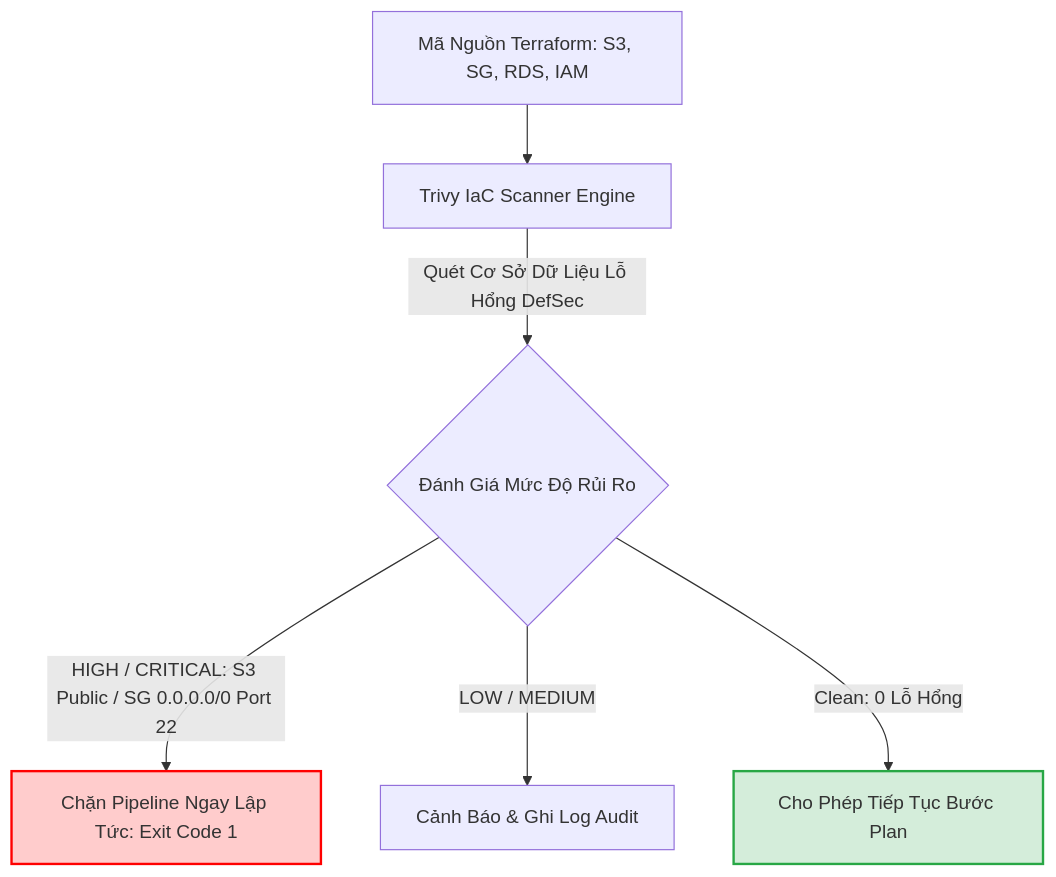
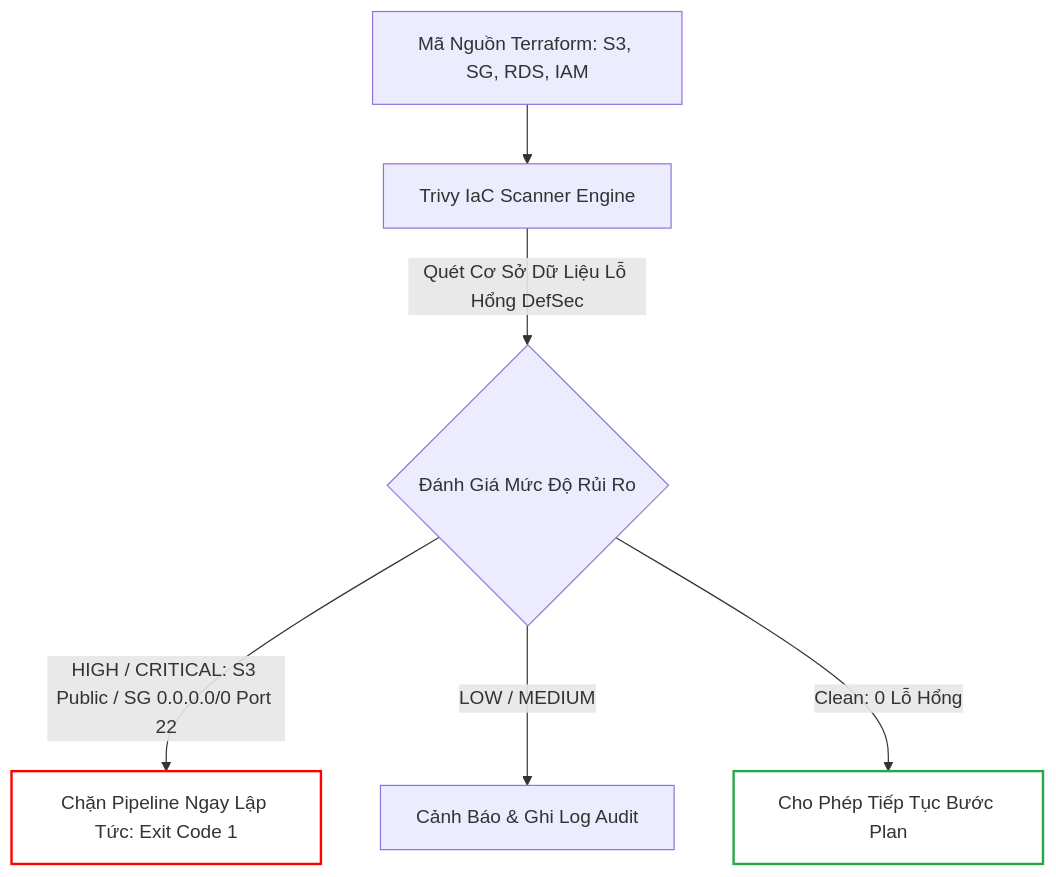
Before and after one commit to kiennt308/ntk: the fifth of 7 diagrams in _posts/2026-09-13-terraform-21-21-kiem-thu-ha-tang-terraform-test-tflint-trivy-va-validate.md, drawn with Mermaid. The commit also changed other lines of this file and 207 other files, not shown here.

Commit message:
feat(posts): batch standardize all 208 posts with TL;DR, qa-card accordion, fill:none mermaid, and liquid raw wrappers

````diff
--- a/_posts/2026-09-13-terraform-21-21-kiem-thu-ha-tang-terraform-test-tflint-trivy-va-validate.md
+++ b/_posts/2026-09-13-terraform-21-21-kiem-thu-ha-tang-terraform-test-tflint-trivy-va-validate.md
@@ -263,13 +267,13 @@
 ```mermaid
 flowchart TD
     TF_CODE["Mã Nguồn Terraform: S3, SG, RDS, IAM"] --> TRIVY["Trivy IaC Scanner Engine"]
     TRIVY -->|Quét Cơ Sở Dữ Liệu Lỗ Hổng DefSec| SCAN{Đánh Giá Mức Độ Rủi Ro}
     SCAN -->|HIGH / CRITICAL: S3 Public / SG 0.0.0.0/0 Port 22| FAIL["Chặn Pipeline Ngay Lập Tức: Exit Code 1"]
     SCAN -->|LOW / MEDIUM| WARN["Cảnh Báo & Ghi Log Audit"]
     SCAN -->|Clean: 0 Lỗ Hổng| PASS["Cho Phép Tiếp Tục Bước Plan"]
 
-    style FAIL fill:#ffcccc,stroke:#ff0000,stroke-width:2px
-    style PASS fill:#d4edda,stroke:#28a745,stroke-width:2px
+    style FAIL fill:none,stroke:#ff0000,stroke-width:2px
+    style PASS fill:none,stroke:#28a745,stroke-width:2px
 
 
 ```
````
